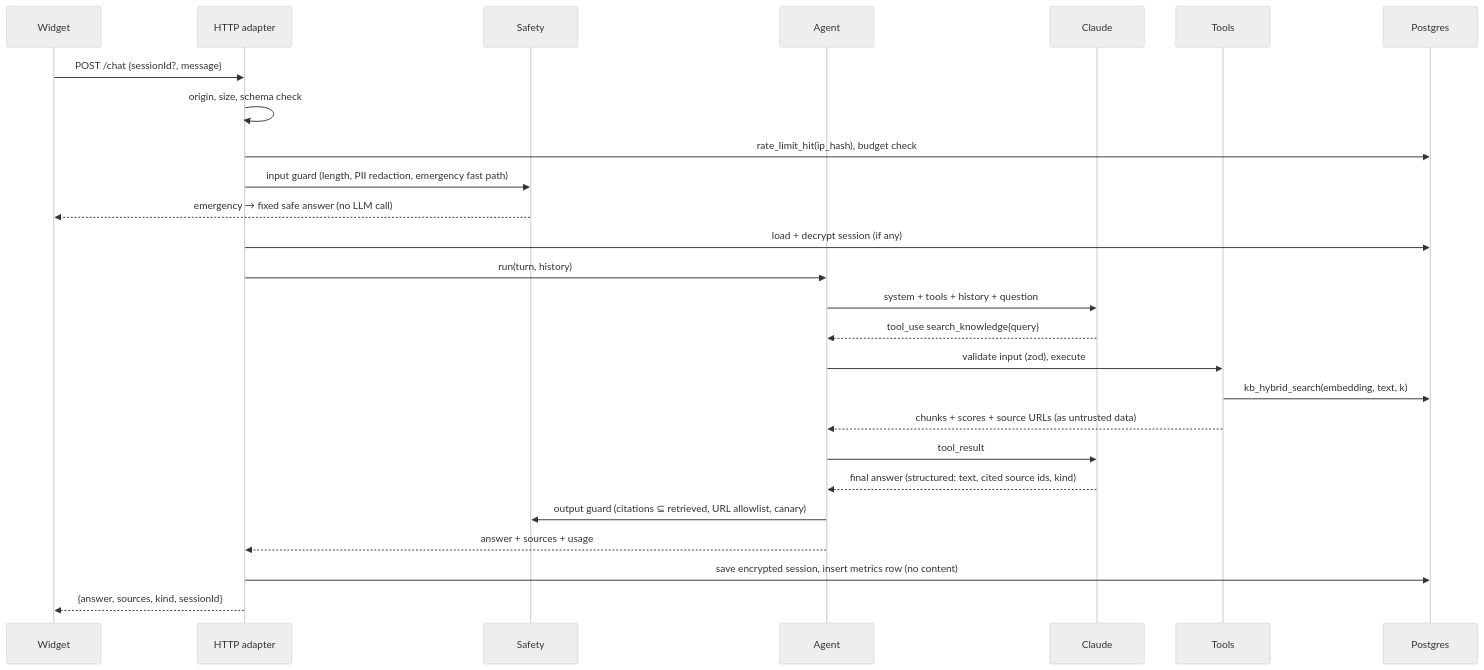
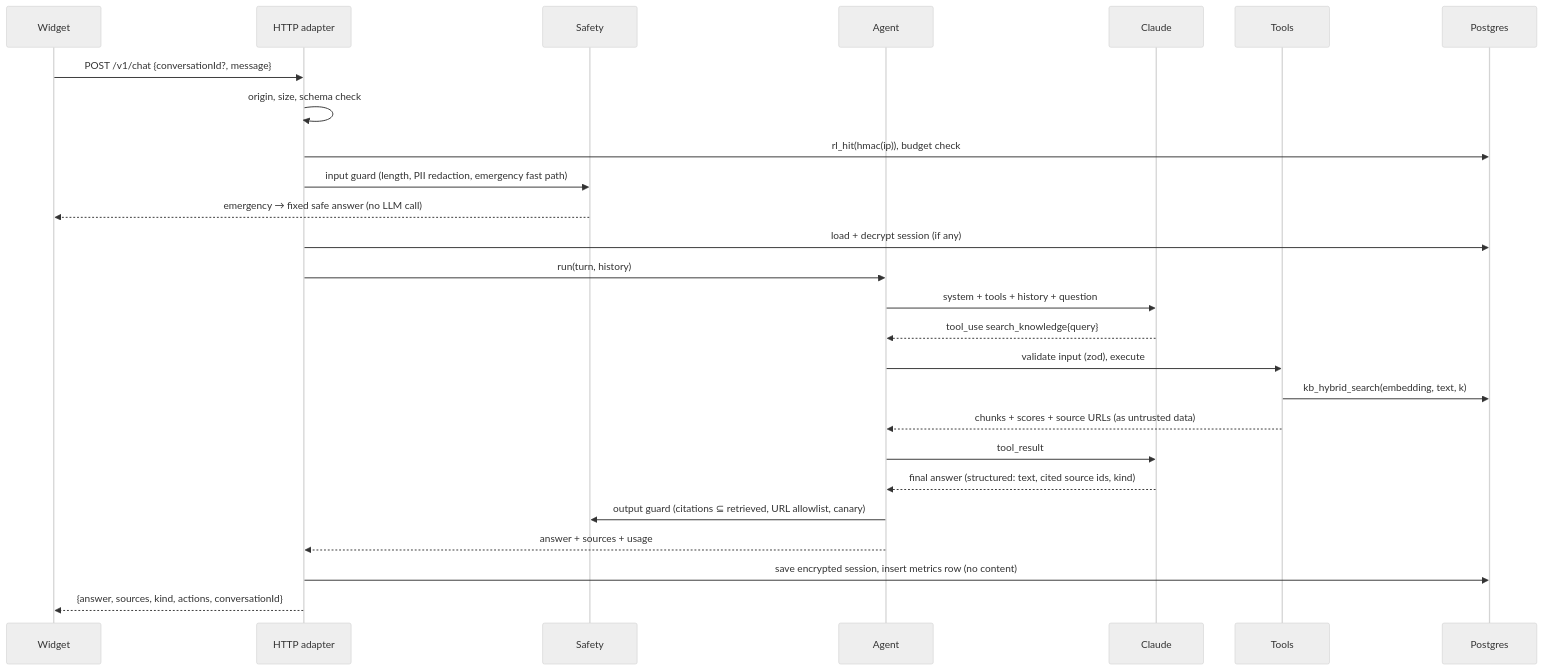
Before and after one commit to tomasghilino/dr-ghilino-assistant: the second of 2 diagrams in ARCHITECTURE.md, drawn with Mermaid (neutral theme). The commit also changed other lines of this file and 3 other files, not shown here.

First line of the commit message:
Phase 9: technical walkthrough, interview notes, architecture brought up to date

````diff
--- a/ARCHITECTURE.md
+++ b/ARCHITECTURE.md
@@ -75,28 +75,28 @@
 ```mermaid
 sequenceDiagram
   participant W as Widget
   participant H as HTTP adapter
   participant G as Safety
   participant AG as Agent
   participant L as Claude
   participant T as Tools
   participant DB as Postgres
-  W->>H: POST /chat {sessionId?, message}
+  W->>H: POST /v1/chat {conversationId?, message}
   H->>H: origin, size, schema check
-  H->>DB: rate_limit_hit(ip_hash), budget check
+  H->>DB: rl_hit(hmac(ip)), budget check
   H->>G: input guard (length, PII redaction, emergency fast path)
   G-->>W: emergency → fixed safe answer (no LLM call)
   H->>DB: load + decrypt session (if any)
   H->>AG: run(turn, history)
   AG->>L: system + tools + history + question
   L-->>AG: tool_use search_knowledge{query}
   AG->>T: validate input (zod), execute
   T->>DB: kb_hybrid_search(embedding, text, k)
   T-->>AG: chunks + scores + source URLs (as untrusted data)
   AG->>L: tool_result
   L-->>AG: final answer (structured: text, cited source ids, kind)
   AG->>G: output guard (citations ⊆ retrieved, URL allowlist, canary)
   AG-->>H: answer + sources + usage
   H->>DB: save encrypted session, insert metrics row (no content)
-  H-->>W: {answer, sources, kind, sessionId}
+  H-->>W: {answer, sources, kind, actions, conversationId}
 ```
````
